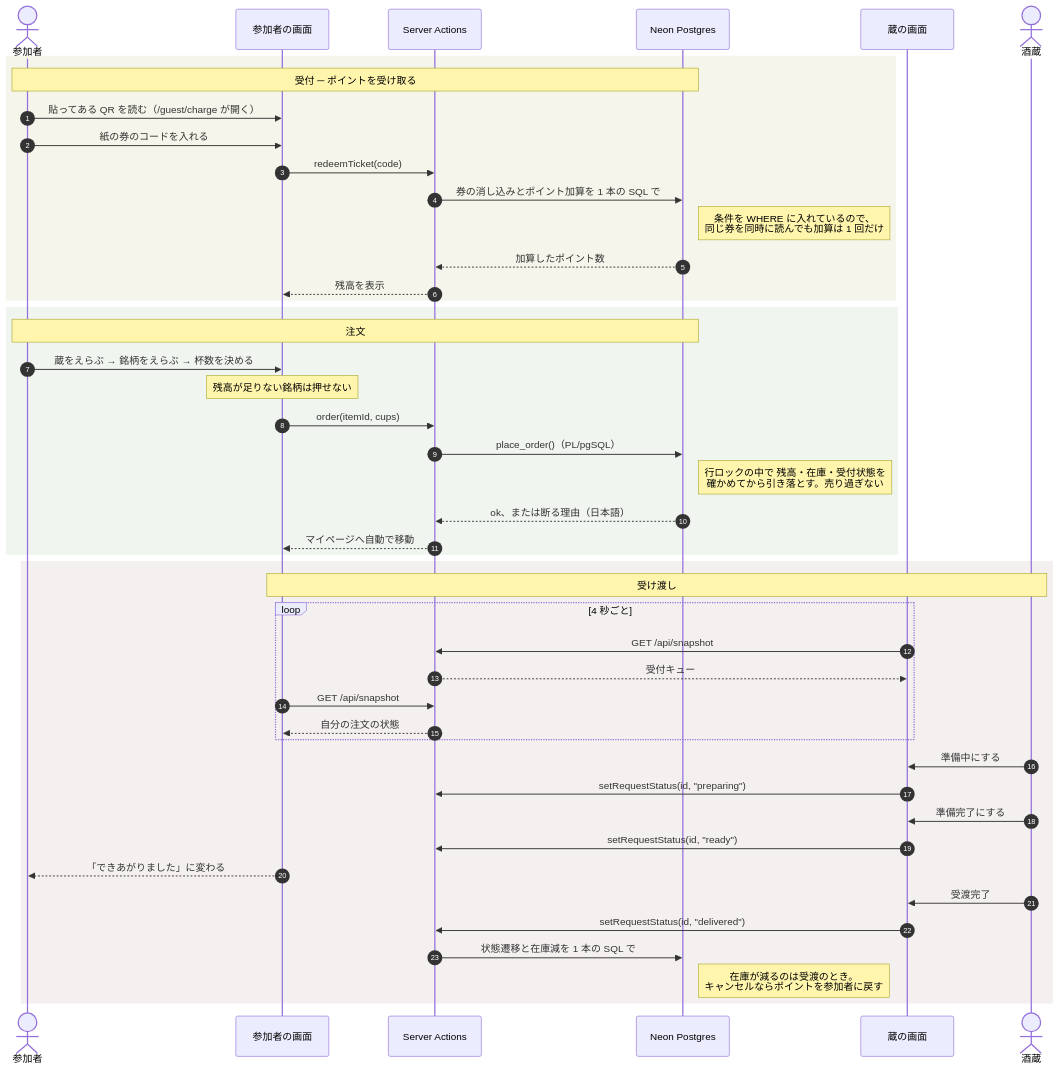
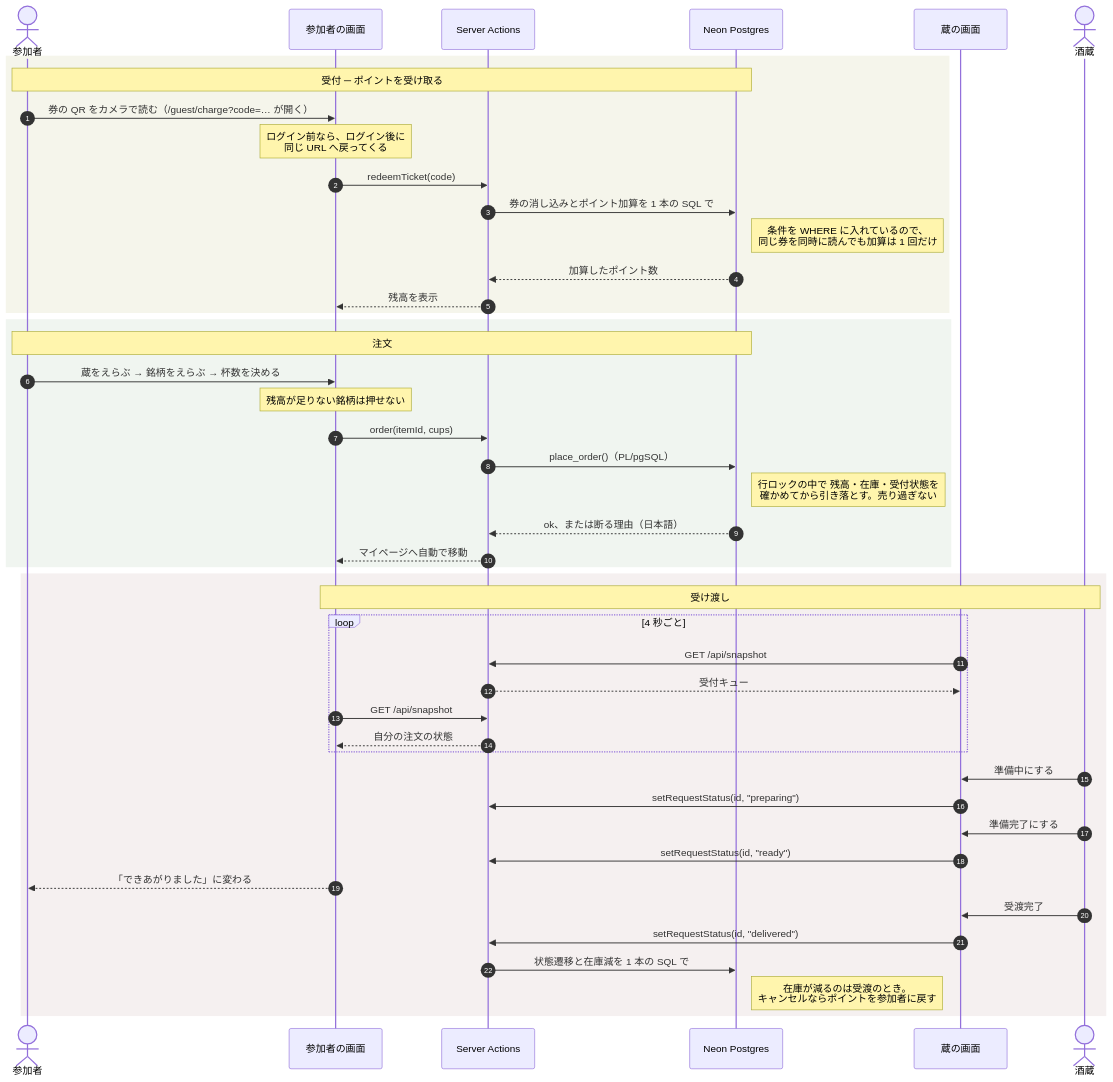
Before and after one commit to midnight480/saga-sake-event: the second of 2 diagrams in README.md, drawn with Mermaid. The commit also changed other lines of this file and 9 other files, not shown here.

````diff
--- a/README.md
+++ b/README.md
@@ -241,51 +239,51 @@
 ```mermaid
 sequenceDiagram
   autonumber
   actor G as 参加者
   participant P as 参加者の画面
   participant A as Server Actions
   participant D as Neon Postgres
   participant Q as 蔵の画面
   actor B as 酒蔵
 
   rect rgb(245, 245, 235)
   Note over G,D: 受付 ─ ポイントを受け取る
-  G->>P: 貼ってある QR を読む（/guest/charge が開く）
-  G->>P: 紙の券のコードを入れる
+  G->>P: 券の QR をカメラで読む（/guest/charge?code=… が開く）
+  Note over P: ログイン前なら、ログイン後に<br/>同じ URL へ戻ってくる
   P->>A: redeemTicket(code)
   A->>D: 券の消し込みとポイント加算を 1 本の SQL で
   Note right of D: 条件を WHERE に入れているので、<br/>同じ券を同時に読んでも加算は 1 回だけ
   D-->>A: 加算したポイント数
   A-->>P: 残高を表示
   end
 
   rect rgb(240, 245, 240)
   Note over G,D: 注文
   G->>P: 蔵をえらぶ → 銘柄をえらぶ → 杯数を決める
   Note over P: 残高が足りない銘柄は押せない
   P->>A: order(itemId, cups)
   A->>D: place_order()（PL/pgSQL）
   Note right of D: 行ロックの中で 残高・在庫・受付状態を<br/>確かめてから引き落とす。売り過ぎない
   D-->>A: ok、または断る理由（日本語）
   A-->>P: マイページへ自動で移動
   end
 
   rect rgb(245, 240, 240)
   Note over P,B: 受け渡し
   loop 4 秒ごと
     Q->>A: GET /api/snapshot
     A-->>Q: 受付キュー
     P->>A: GET /api/snapshot
     A-->>P: 自分の注文の状態
   end
   B->>Q: 準備中にする
   Q->>A: setRequestStatus(id, "preparing")
   B->>Q: 準備完了にする
   Q->>A: setRequestStatus(id, "ready")
   P-->>G: 「できあがりました」に変わる
   B->>Q: 受渡完了
   Q->>A: setRequestStatus(id, "delivered")
   A->>D: 状態遷移と在庫減を 1 本の SQL で
   Note right of D: 在庫が減るのは受渡のとき。<br/>キャンセルならポイントを参加者に戻す
   end
 ```
````
